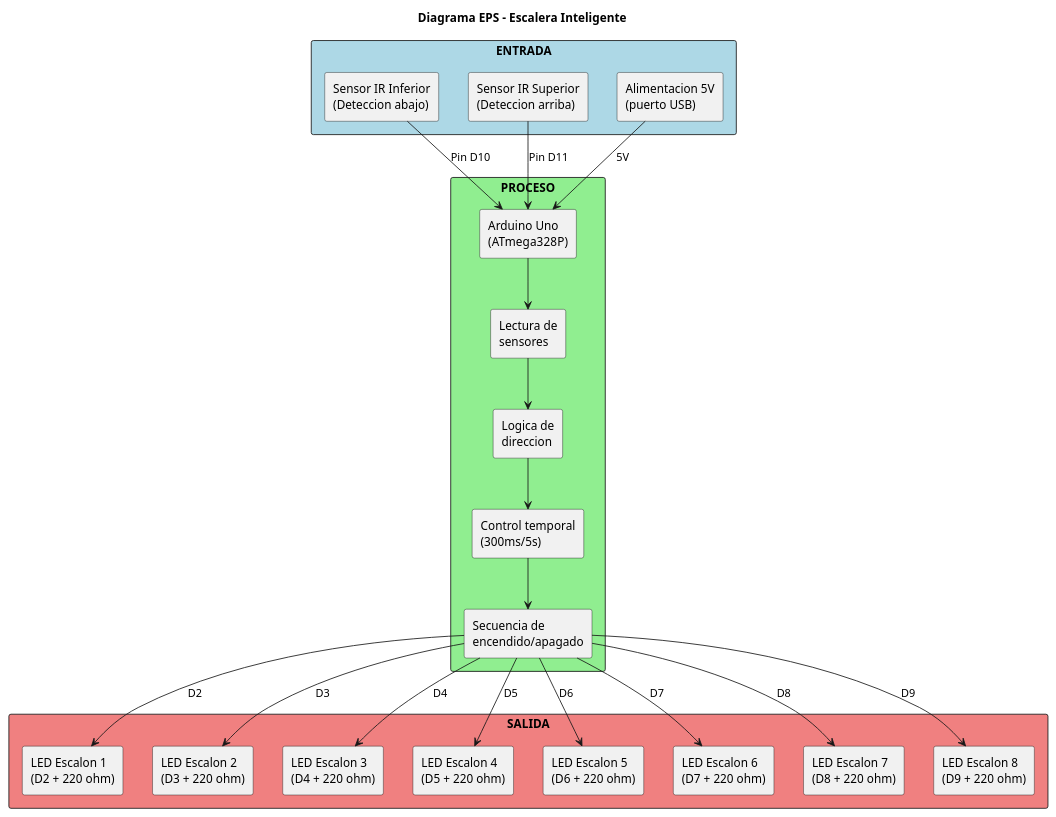
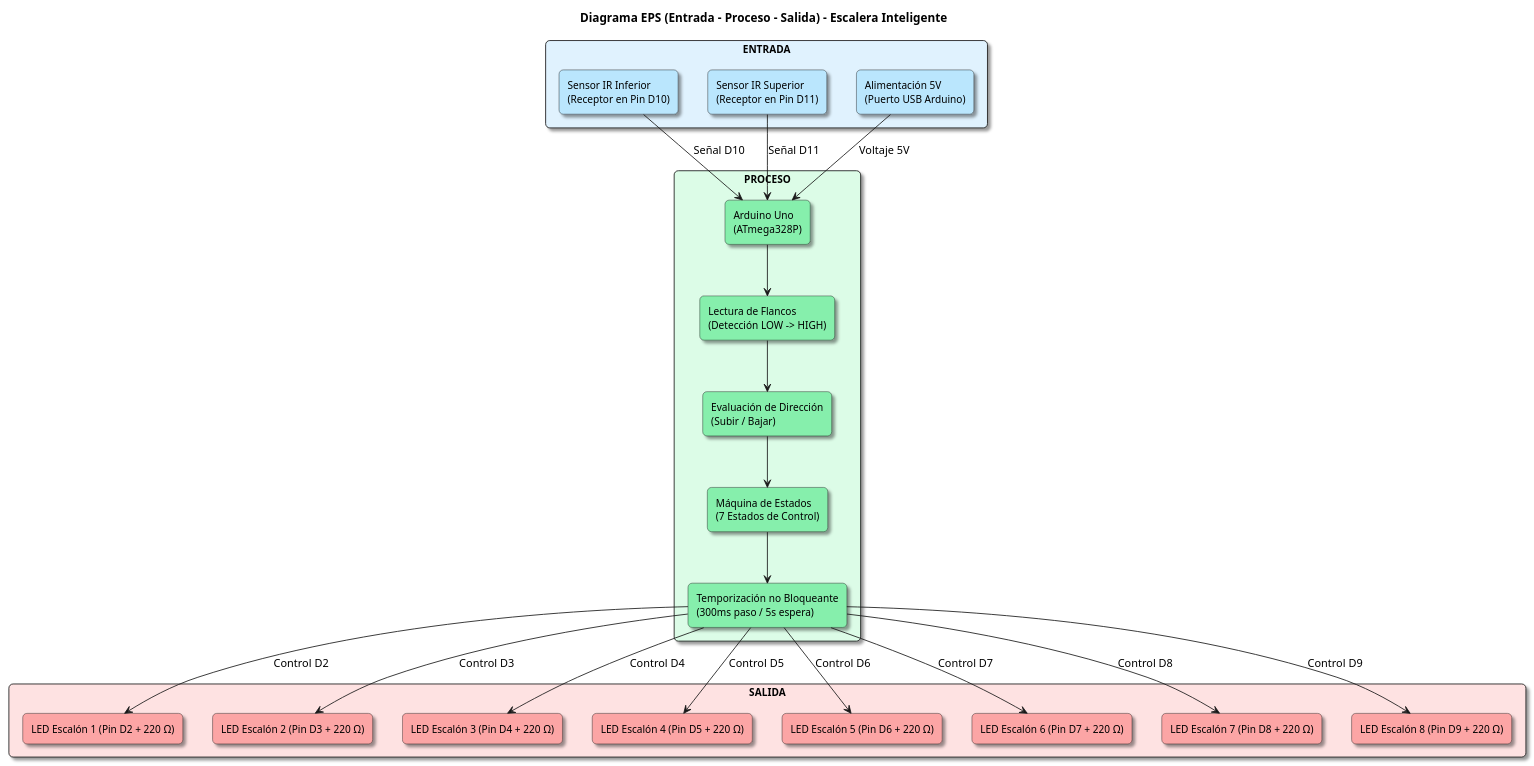
The diagram in diagramas/diagrama-eps.puml (Stirven0/Lus-Escaleras-Arduino), drawn with PlantUML before and after one commit. The commit also changed 13 other files, not shown here.

Commit message:
docs: refactorizar codigo, actualizar diagramas con maquina de estados y agregar simulacion tinkercad

```diff
--- a/diagramas/diagrama-eps.puml
+++ b/diagramas/diagrama-eps.puml
@@ -1,47 +1,54 @@
 @startuml diagrama-eps
-title Diagrama EPS - Escalera Inteligente
+title Diagrama EPS (Entrada - Proceso - Salida) - Escalera Inteligente
 
-rectangle "ENTRADA" as entrada #LightBlue {
-  rectangle "Sensor IR Inferior\n(Deteccion abajo)" as s1
-  rectangle "Sensor IR Superior\n(Deteccion arriba)" as s2
-  rectangle "Alimentacion 5V\n(puerto USB)" as s3
+skinparam shadowing true
+skinparam rectangle {
+  RoundCorner 10
+  FontName Arial
+  FontSize 12
 }
 
-rectangle "PROCESO" as proceso #LightGreen {
-  rectangle "Arduino Uno\n(ATmega328P)" as a1
-  rectangle "Lectura de\nsensores" as a2
-  rectangle "Logica de\ndireccion" as a3
-  rectangle "Control temporal\n(300ms/5s)" as a4
-  rectangle "Secuencia de\nencendido/apagado" as a5
+rectangle "ENTRADA" as entrada #E0F2FE {
+  rectangle "Sensor IR Inferior\n(Receptor en Pin D10)" as s1 #BAE6FD
+  rectangle "Sensor IR Superior\n(Receptor en Pin D11)" as s2 #BAE6FD
+  rectangle "Alimentación 5V\n(Puerto USB Arduino)" as s3 #BAE6FD
 }
 
-rectangle "SALIDA" as salida #LightCoral {
-  rectangle "LED Escalon 1\n(D2 + 220 ohm)" as o1
-  rectangle "LED Escalon 2\n(D3 + 220 ohm)" as o2
-  rectangle "LED Escalon 3\n(D4 + 220 ohm)" as o3
-  rectangle "LED Escalon 4\n(D5 + 220 ohm)" as o4
-  rectangle "LED Escalon 5\n(D6 + 220 ohm)" as o5
-  rectangle "LED Escalon 6\n(D7 + 220 ohm)" as o6
-  rectangle "LED Escalon 7\n(D8 + 220 ohm)" as o7
-  rectangle "LED Escalon 8\n(D9 + 220 ohm)" as o8
+rectangle "PROCESO" as proceso #DCFCE7 {
+  rectangle "Arduino Uno\n(ATmega328P)" as a1 #86EFAC
+  rectangle "Lectura de Flancos\n(Detección LOW -> HIGH)" as a2 #86EFAC
+  rectangle "Evaluación de Dirección\n(Subir / Bajar)" as a3 #86EFAC
+  rectangle "Máquina de Estados\n(7 Estados de Control)" as a4 #86EFAC
+  rectangle "Temporización no Bloqueante\n(300ms paso / 5s espera)" as a5 #86EFAC
 }
 
-s1 --> a1 : Pin D10
-s2 --> a1 : Pin D11
-s3 --> a1 : 5V
+rectangle "SALIDA" as salida #FEE2E2 {
+  rectangle "LED Escalón 1 (Pin D2 + 220 Ω)" as o1 #FCA5A5
+  rectangle "LED Escalón 2 (Pin D3 + 220 Ω)" as o2 #FCA5A5
+  rectangle "LED Escalón 3 (Pin D4 + 220 Ω)" as o3 #FCA5A5
+  rectangle "LED Escalón 4 (Pin D5 + 220 Ω)" as o4 #FCA5A5
+  rectangle "LED Escalón 5 (Pin D6 + 220 Ω)" as o5 #FCA5A5
+  rectangle "LED Escalón 6 (Pin D7 + 220 Ω)" as o6 #FCA5A5
+  rectangle "LED Escalón 7 (Pin D8 + 220 Ω)" as o7 #FCA5A5
+  rectangle "LED Escalón 8 (Pin D9 + 220 Ω)" as o8 #FCA5A5
+}
+
+s1 --> a1 : Señal D10
+s2 --> a1 : Señal D11
+s3 --> a1 : Voltaje 5V
 
 a1 --> a2
 a2 --> a3
 a3 --> a4
 a4 --> a5
 
-a5 --> o1 : D2
-a5 --> o2 : D3
-a5 --> o3 : D4
-a5 --> o4 : D5
-a5 --> o5 : D6
-a5 --> o6 : D7
-a5 --> o7 : D8
-a5 --> o8 : D9
+a5 --> o1 : Control D2
+a5 --> o2 : Control D3
+a5 --> o3 : Control D4
+a5 --> o4 : Control D5
+a5 --> o5 : Control D6
+a5 --> o6 : Control D7
+a5 --> o7 : Control D8
+a5 --> o8 : Control D9
 
 @enduml
```
